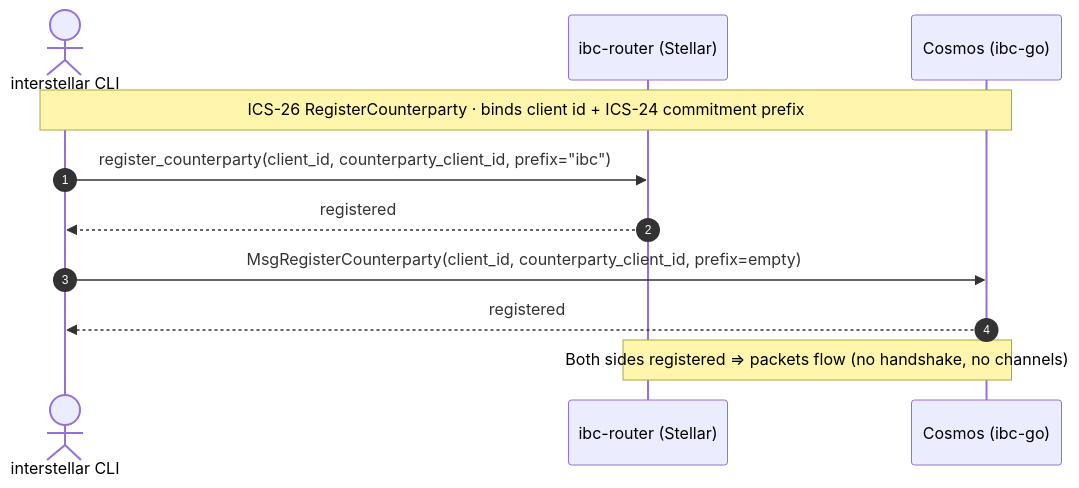
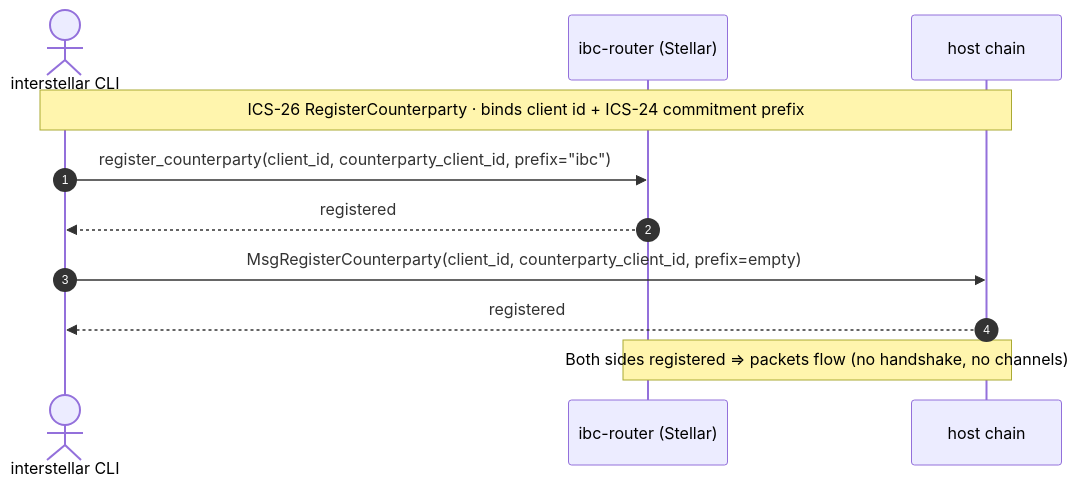
Before and after one commit to amandagonsalves/sdf-ibc-proposal: the third of 7 diagrams in architecture.md, drawn with Mermaid. The commit also changed other lines of this file and 7 other files, not shown here.

````diff
--- a/architecture.md
+++ b/architecture.md
@@ -484,14 +534,14 @@
 ```mermaid
 sequenceDiagram
     autonumber
     actor Op as interstellar CLI
     participant RT as ibc-router (Stellar)
-    participant CO as Cosmos (ibc-go)
+    participant HO as host chain
 
-    Note over Op,CO: ICS-26 RegisterCounterparty · binds client id + ICS-24 commitment prefix
+    Note over Op,HO: ICS-26 RegisterCounterparty · binds client id + ICS-24 commitment prefix
     Op->>RT: register_counterparty(client_id, counterparty_client_id, prefix="ibc")
     RT-->>Op: registered
-    Op->>CO: MsgRegisterCounterparty(client_id, counterparty_client_id, prefix=empty)
-    CO-->>Op: registered
-    Note over RT,CO: Both sides registered ⇒ packets flow (no handshake, no channels)
+    Op->>HO: MsgRegisterCounterparty(client_id, counterparty_client_id, prefix=empty)
+    HO-->>Op: registered
+    Note over RT,HO: Both sides registered ⇒ packets flow (no handshake, no channels)
 ```
````
